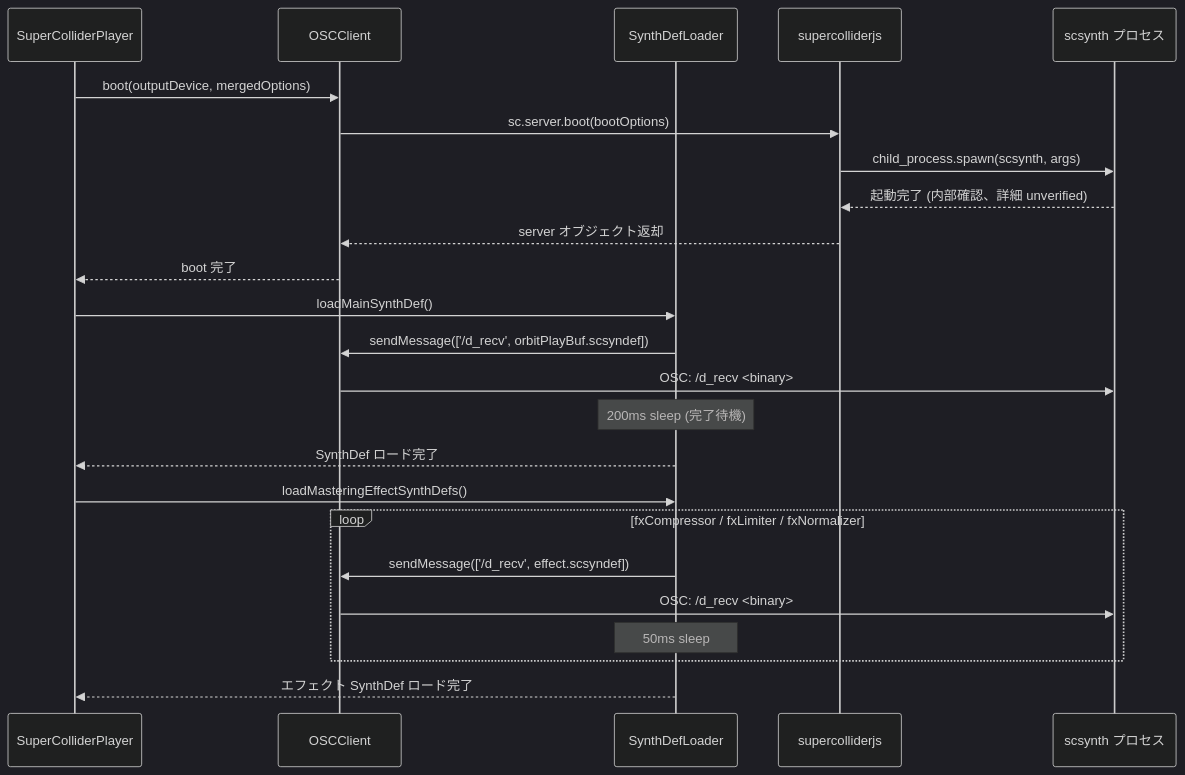
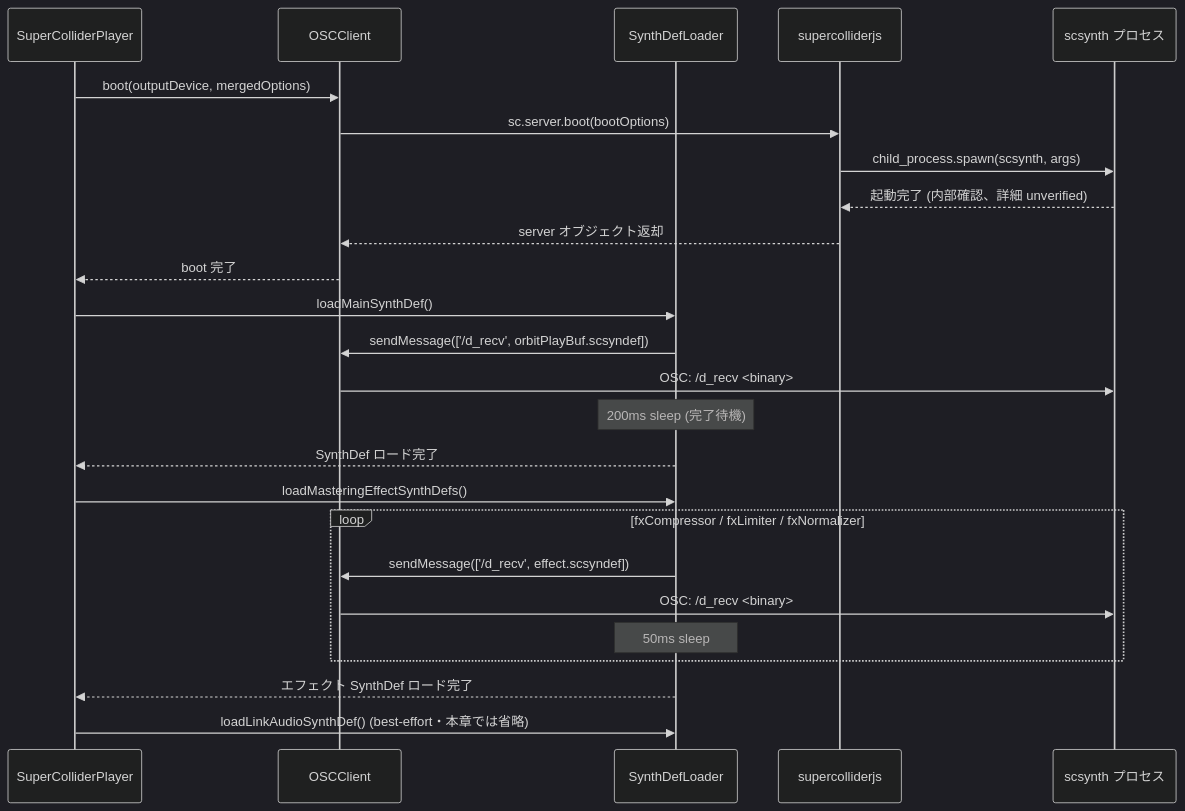
One commit to signalcompose/orbitscore changed the first of 2 diagrams in sites/dev/audio/supercollider.md. Above: the diagram before and after it, drawn with Mermaid (dark theme). The commit also changed other lines of this file and 14 other files, not shown here.

````diff
--- a/sites/dev/audio/supercollider.md
+++ b/sites/dev/audio/supercollider.md
@@ -146,29 +201,31 @@
 ```mermaid
 sequenceDiagram
   participant SP as SuperColliderPlayer
   participant OC as OSCClient
   participant SDL as SynthDefLoader
   participant SCjs as supercolliderjs
   participant SC as scsynth プロセス
 
   SP->>OC: boot(outputDevice, mergedOptions)
   OC->>SCjs: sc.server.boot(bootOptions)
   SCjs->>SC: child_process.spawn(scsynth, args)
   SC-->>SCjs: 起動完了 (内部確認、詳細 unverified)
   SCjs-->>OC: server オブジェクト返却
   OC-->>SP: boot 完了
 
   SP->>SDL: loadMainSynthDef()
   SDL->>OC: sendMessage(['/d_recv', orbitPlayBuf.scsyndef])
   OC->>SC: OSC: /d_recv <binary>
   Note over SDL: 200ms sleep (完了待機)
   SDL-->>SP: SynthDef ロード完了
 
   SP->>SDL: loadMasteringEffectSynthDefs()
   loop fxCompressor / fxLimiter / fxNormalizer
     SDL->>OC: sendMessage(['/d_recv', effect.scsyndef])
     OC->>SC: OSC: /d_recv <binary>
     Note over SDL: 50ms sleep
   end
   SDL-->>SP: エフェクト SynthDef ロード完了
+
+  SP->>SDL: loadLinkAudioSynthDef() (best-effort・本章では省略)
 ```
````
